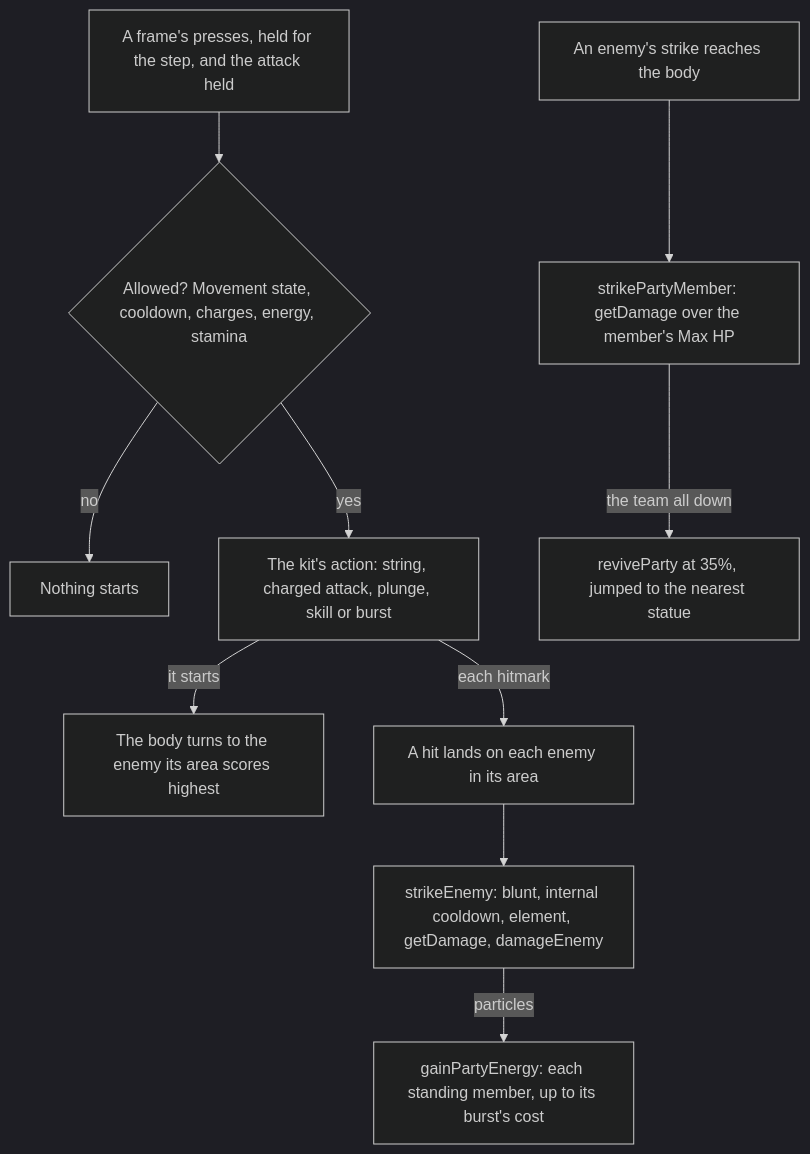
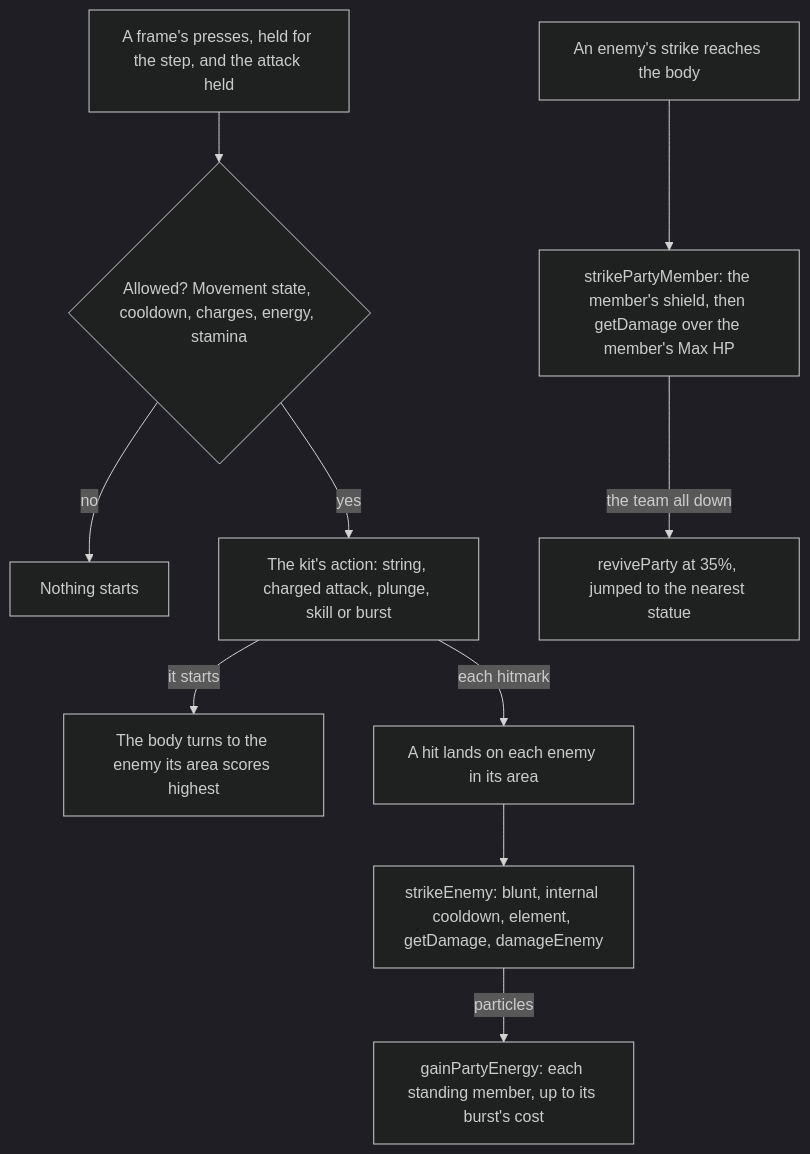
The second of 2 diagrams in apps/web/content/docs/genshin/combat.md (Esposter/Esposter), drawn with Mermaid (dark theme) before and after one commit. The commit also changed other lines of this file and 15 other files, not shown here.

First line of the commit message:
feat(genshin-world): an enemy's strike is taken by the character's shield first, through the combat's shield absorption, and an enemy within aggro range of a live taunt strikes the taunt instead, its HP taken by damageKitTaunt

````diff
--- a/apps/web/content/docs/genshin/combat.md
+++ b/apps/web/content/docs/genshin/combat.md
@@ -103,12 +103,12 @@
 ```mermaid
 flowchart TD
   PRESS["A frame's presses, held for the step, and the attack held"] --> GATE{"Allowed? Movement state, cooldown, charges, energy, stamina"}
   GATE -->|"no"| IDLE["Nothing starts"]
   GATE -->|"yes"| ACTION["The kit's action: string, charged attack, plunge, skill or burst"]
   ACTION -->|"it starts"| AIM["The body turns to the enemy its area scores highest"]
   ACTION -->|"each hitmark"| HIT["A hit lands on each enemy in its area"]
   HIT --> STRIKE["strikeEnemy: blunt, internal cooldown, element, getDamage, damageEnemy"]
   STRIKE -->|"particles"| ENERGY["gainPartyEnergy: each standing member, up to its burst's cost"]
-  ENEMY["An enemy's strike reaches the body"] --> HURT["strikePartyMember: getDamage over the member's Max HP"]
+  ENEMY["An enemy's strike reaches the body"] --> HURT["strikePartyMember: the member's shield, then getDamage over the member's Max HP"]
   HURT -->|"the team all down"| RESPAWN["reviveParty at 35%, jumped to the nearest statue"]
 ```
````
